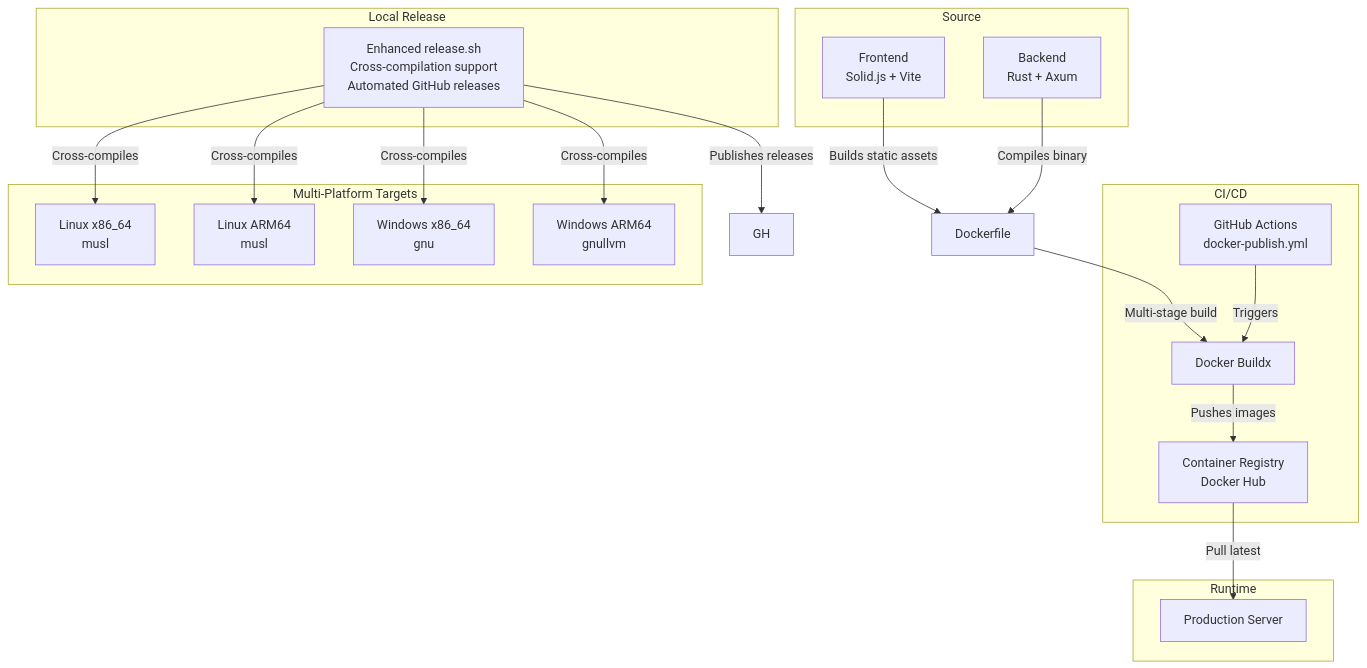
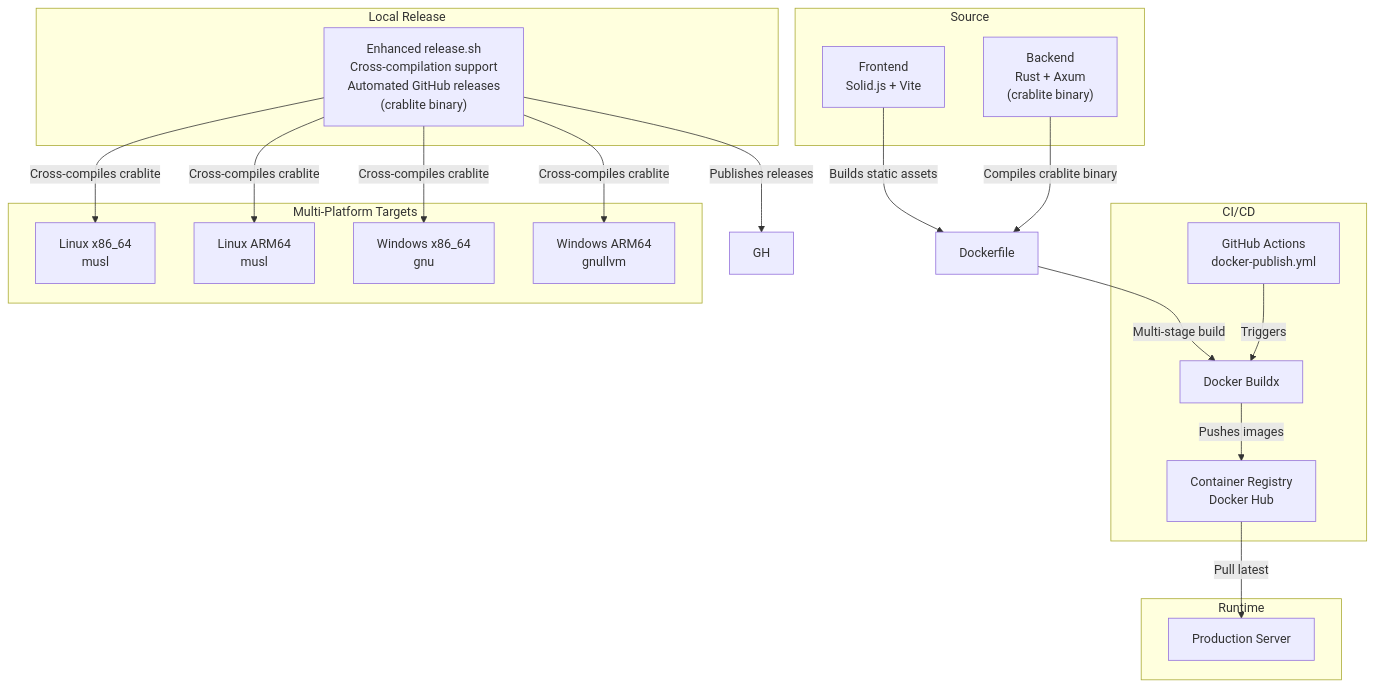
The first of 10 diagrams in .qoder/repowiki/en/content/Deployment & Operations/Release Process.md (sutanto1010/crablite), drawn with Mermaid before and after one commit. The commit also changed other lines of this file and 30 other files, not shown here.

First line of the commit message:
refactor(docs): update all references from rust-sqlite-webui to crablite

````diff
--- a/.qoder/repowiki/en/content/Deployment & Operations/Release Process.md
+++ b/.qoder/repowiki/en/content/Deployment & Operations/Release Process.md
@@ -44,35 +45,35 @@
 ```mermaid
 graph TB
 subgraph "Source"
 FE["Frontend<br/>Solid.js + Vite"]
-BE["Backend<br/>Rust + Axum"]
+BE["Backend<br/>Rust + Axum<br/>(crablite binary)"]
 end
 subgraph "CI/CD"
 GHActions["GitHub Actions<br/>docker-publish.yml"]
 Buildx["Docker Buildx"]
 Registry["Container Registry<br/>Docker Hub"]
 end
 subgraph "Local Release"
-ReleaseScript["Enhanced release.sh<br/>Cross-compilation support<br/>Automated GitHub releases"]
+ReleaseScript["Enhanced release.sh<br/>Cross-compilation support<br/>Automated GitHub releases<br/>(crablite binary)"]
 end
 subgraph "Multi-Platform Targets"
 LinuxX64["Linux x86_64<br/>musl"]
 LinuxARM["Linux ARM64<br/>musl"]
 WinX64["Windows x86_64<br/>gnu"]
 WinARM["Windows ARM64<br/>gnullvm"]
 end
 subgraph "Runtime"
 Server["Production Server"]
 end
 FE --> |Builds static assets| Dockerfile
-BE --> |Compiles binary| Dockerfile
+BE --> |Compiles crablite binary| Dockerfile
 Dockerfile --> |Multi-stage build| Buildx
 Buildx --> |Pushes images| Registry
 GHActions --> |Triggers| Buildx
 Registry --> |Pull latest| Server
-ReleaseScript --> |Cross-compiles| LinuxX64
-ReleaseScript --> |Cross-compiles| LinuxARM
-ReleaseScript --> |Cross-compiles| WinX64
-ReleaseScript --> |Cross-compiles| WinARM
+ReleaseScript --> |Cross-compiles crablite| LinuxX64
+ReleaseScript --> |Cross-compiles crablite| LinuxARM
+ReleaseScript --> |Cross-compiles crablite| WinX64
+ReleaseScript --> |Cross-compiles crablite| WinARM
 ReleaseScript --> |Publishes releases| GH
 ```
````
